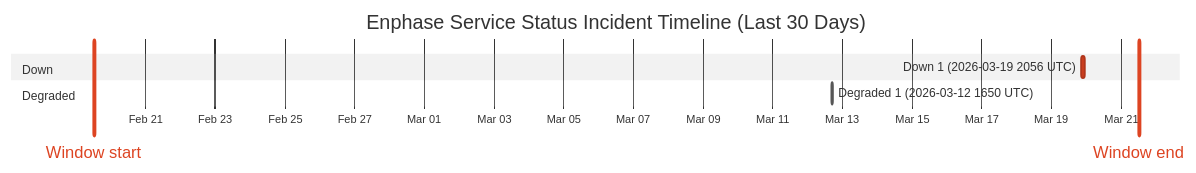
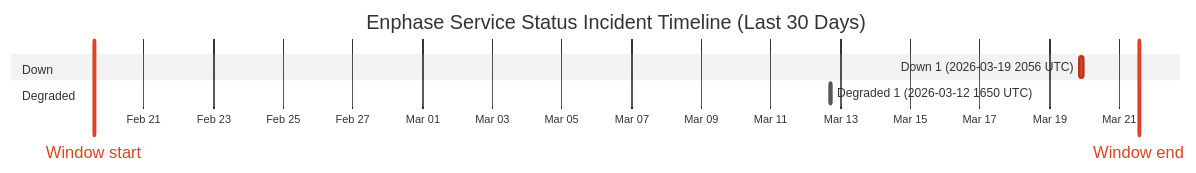
One commit to barneyonline/ha-enphase-ev-charger changed the diagram in wiki/Service-Status-History.md. Above: the diagram before and after it, drawn with Mermaid (neutral theme). The commit also changed other lines of this file and 3 other files, not shown here.

````diff
--- a/wiki/Service-Status-History.md
+++ b/wiki/Service-Status-History.md
@@ -14,12 +14,12 @@
 ```mermaid
 gantt
     title Enphase Service Status Incident Timeline (Last 30 Days)
     dateFormat  YYYY-MM-DDTHH:mm:ss
     axisFormat  %b %d
-    Window start :vert, window-start, 2026-02-19T12:28:21, 0ms
-    Window end :vert, window-end, 2026-03-21T12:28:21, 0ms
+    Window start :vert, window-start, 2026-02-19T13:36:13, 0ms
+    Window end :vert, window-end, 2026-03-21T13:36:13, 0ms
     section Down
     Down 1 (2026-03-19 2056 UTC) :crit, down-1, 2026-03-19T20:56:20, 145m
     section Degraded
     Degraded 1 (2026-03-12 1650 UTC) :active, degraded-1, 2026-03-12T16:50:43, 60m
 ```
````
